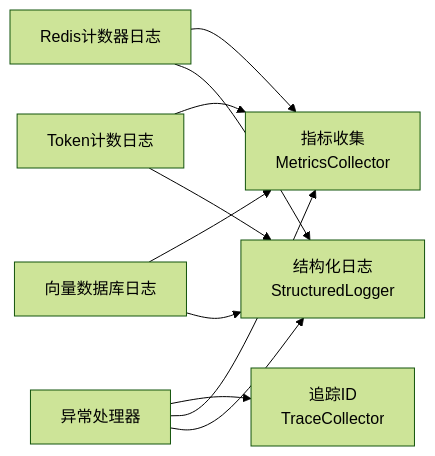
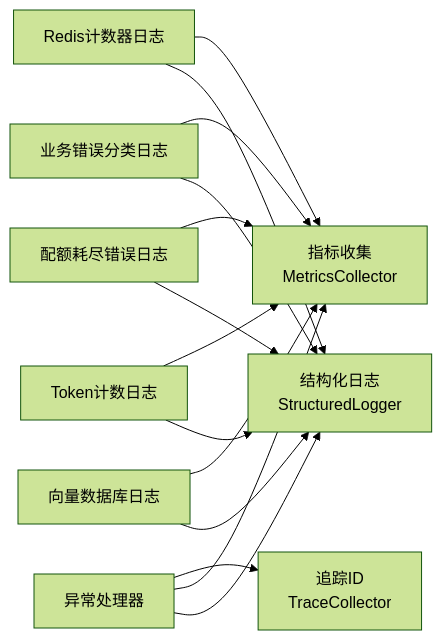
The eighth of 9 diagrams in .qoder/repowiki/zh/content/后端服务架构/基础设施层/异常处理机制.md (tianyehedashu/ai-agent), drawn with Mermaid (forest theme) before and after one commit. The commit also changed other lines of this file and 50 other files, not shown here.

````diff
--- a/.qoder/repowiki/zh/content/后端服务架构/基础设施层/异常处理机制.md
+++ b/.qoder/repowiki/zh/content/后端服务架构/基础设施层/异常处理机制.md
@@ -353,12 +505,16 @@
 ```mermaid
 graph LR
 EH["异常处理器"] --> SL["结构化日志<br/>StructuredLogger"]
 EH --> MET["指标收集<br/>MetricsCollector"]
 EH --> TRC["追踪ID<br/>TraceCollector"]
 CB["向量数据库日志"] --> SL
 CB --> MET
 TC["Token计数日志"] --> SL
 TC --> MET
+QE["配额耗尽错误日志"] --> SL
+QE --> MET
+Biz["业务错误分类日志"] --> SL
+Biz --> MET
 RC["Redis计数器日志"] --> SL
 RC --> MET
 ```
````
